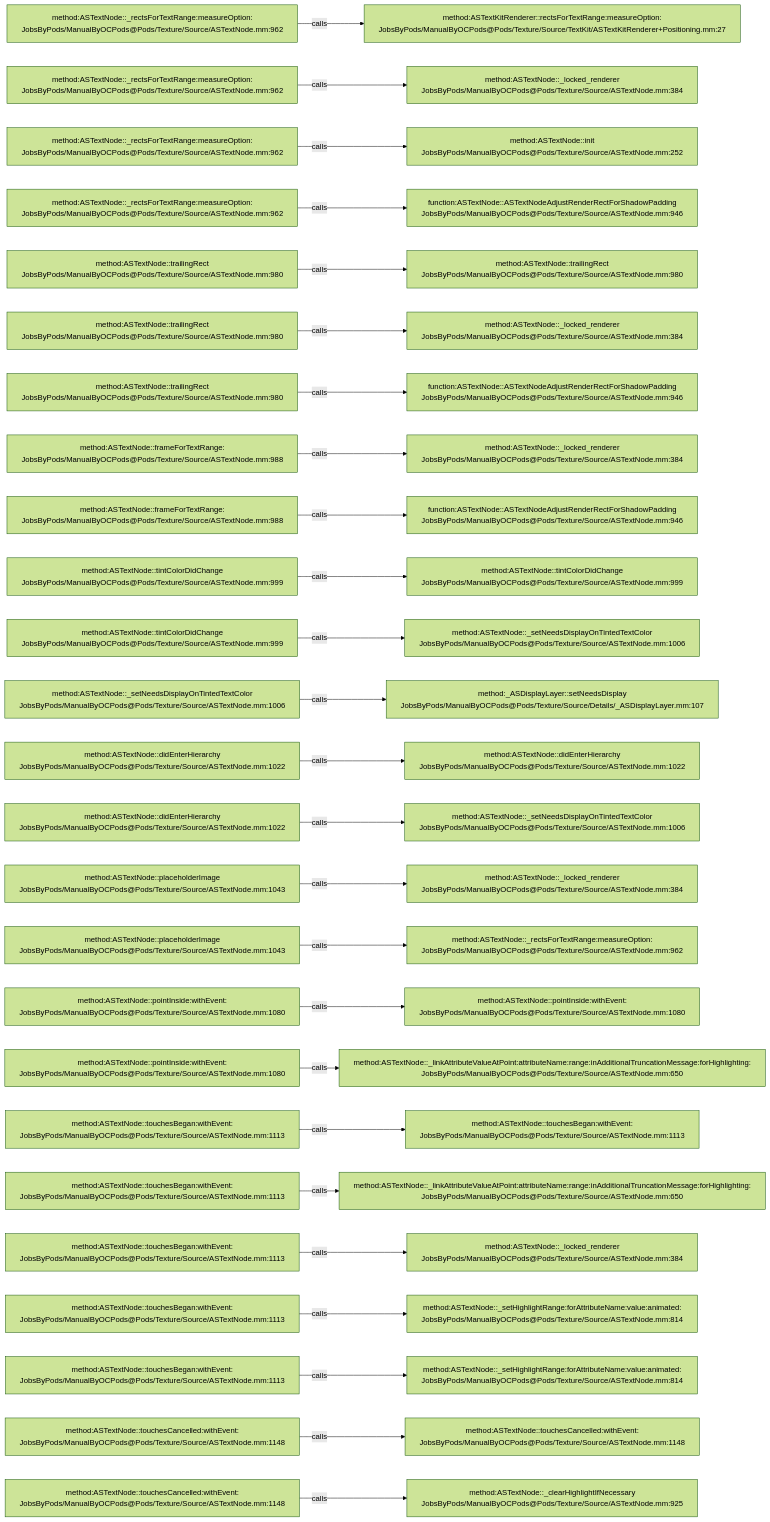
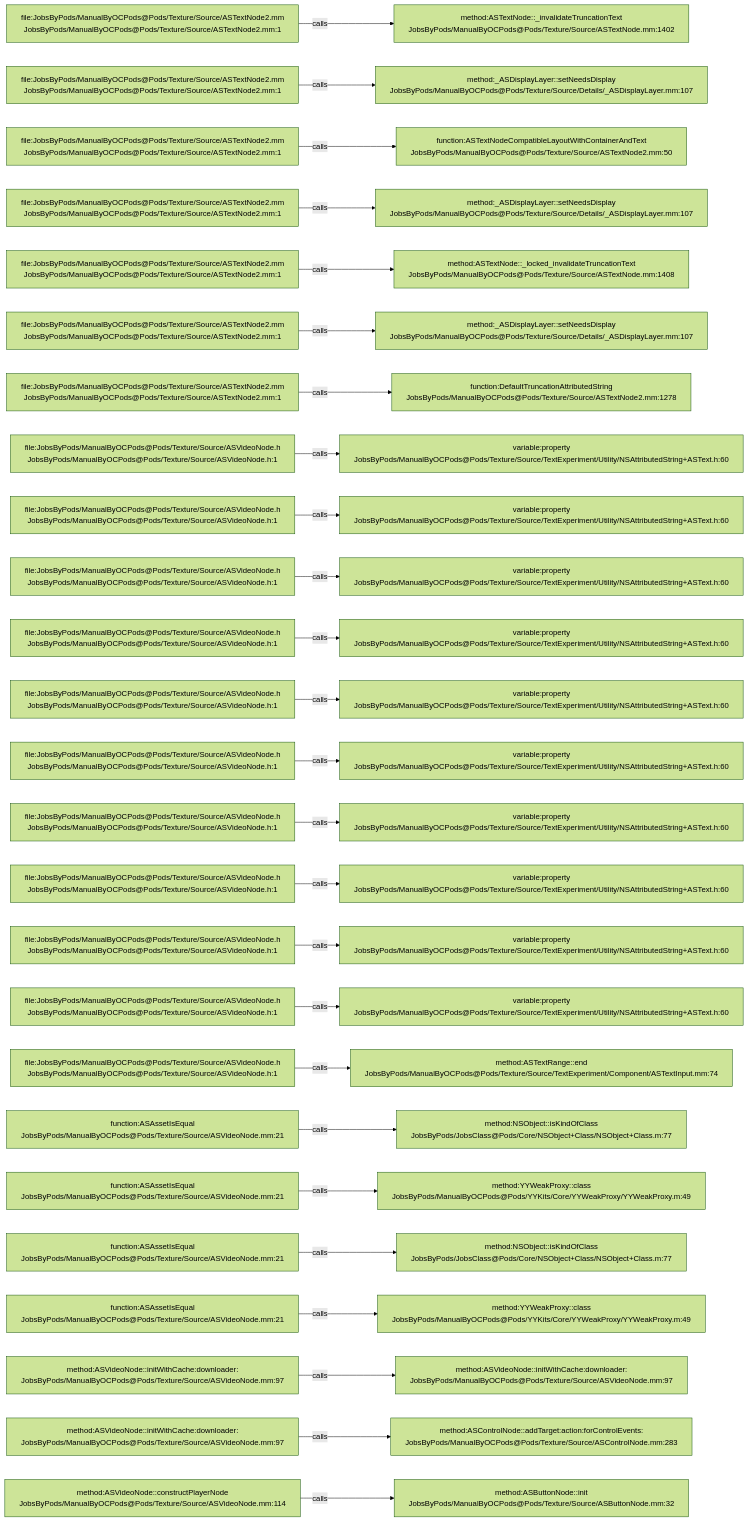
One commit to JobsKits/JobsOCBaseConfigDemo changed the diagram in .codegraph/codegraph.md/graphs/calls-134.md. Above: the diagram before and after it, drawn with Mermaid (forest theme). The commit also changed 1448 other files, not shown here.

````diff
--- a/.codegraph/codegraph.md/graphs/calls-134.md
+++ b/.codegraph/codegraph.md/graphs/calls-134.md
@@ -13,78 +13,78 @@
 ```mermaid
 flowchart LR
-  S1["method:ASTextNode::_rectsForTextRange:measureOption:<br/>JobsByPods/ManualByOCPods@Pods/Texture/Source/ASTextNode.mm:962"]
-  T1["method:ASTextKitRenderer::rectsForTextRange:measureOption:<br/>JobsByPods/ManualByOCPods@Pods/Texture/Source/TextKit/ASTextKitRenderer+Positioning.mm:27"]
+  S1["file:JobsByPods/ManualByOCPods@Pods/Texture/Source/ASTextNode2.mm<br/>JobsByPods/ManualByOCPods@Pods/Texture/Source/ASTextNode2.mm:1"]
+  T1["method:ASTextNode::_invalidateTruncationText<br/>JobsByPods/ManualByOCPods@Pods/Texture/Source/ASTextNode.mm:1402"]
   S1 -->|calls| T1
-  S2["method:ASTextNode::_rectsForTextRange:measureOption:<br/>JobsByPods/ManualByOCPods@Pods/Texture/Source/ASTextNode.mm:962"]
-  T2["method:ASTextNode::_locked_renderer<br/>JobsByPods/ManualByOCPods@Pods/Texture/Source/ASTextNode.mm:384"]
+  S2["file:JobsByPods/ManualByOCPods@Pods/Texture/Source/ASTextNode2.mm<br/>JobsByPods/ManualByOCPods@Pods/Texture/Source/ASTextNode2.mm:1"]
+  T2["method:_ASDisplayLayer::setNeedsDisplay<br/>JobsByPods/ManualByOCPods@Pods/Texture/Source/Details/_ASDisplayLayer.mm:107"]
   S2 -->|calls| T2
-  S3["method:ASTextNode::_rectsForTextRange:measureOption:<br/>JobsByPods/ManualByOCPods@Pods/Texture/Source/ASTextNode.mm:962"]
-  T3["method:ASTextNode::init<br/>JobsByPods/ManualByOCPods@Pods/Texture/Source/ASTextNode.mm:252"]
+  S3["file:JobsByPods/ManualByOCPods@Pods/Texture/Source/ASTextNode2.mm<br/>JobsByPods/ManualByOCPods@Pods/Texture/Source/ASTextNode2.mm:1"]
+  T3["function:ASTextNodeCompatibleLayoutWithContainerAndText<br/>JobsByPods/ManualByOCPods@Pods/Texture/Source/ASTextNode2.mm:50"]
   S3 -->|calls| T3
-  S4["method:ASTextNode::_rectsForTextRange:measureOption:<br/>JobsByPods/ManualByOCPods@Pods/Texture/Source/ASTextNode.mm:962"]
-  T4["function:ASTextNode::ASTextNodeAdjustRenderRectForShadowPadding<br/>JobsByPods/ManualByOCPods@Pods/Texture/Source/ASTextNode.mm:946"]
+  S4["file:JobsByPods/ManualByOCPods@Pods/Texture/Source/ASTextNode2.mm<br/>JobsByPods/ManualByOCPods@Pods/Texture/Source/ASTextNode2.mm:1"]
+  T4["method:_ASDisplayLayer::setNeedsDisplay<br/>JobsByPods/ManualByOCPods@Pods/Texture/Source/Details/_ASDisplayLayer.mm:107"]
   S4 -->|calls| T4
-  S5["method:ASTextNode::trailingRect<br/>JobsByPods/ManualByOCPods@Pods/Texture/Source/ASTextNode.mm:980"]
-  T5["method:ASTextNode::trailingRect<br/>JobsByPods/ManualByOCPods@Pods/Texture/Source/ASTextNode.mm:980"]
+  S5["file:JobsByPods/ManualByOCPods@Pods/Texture/Source/ASTextNode2.mm<br/>JobsByPods/ManualByOCPods@Pods/Texture/Source/ASTextNode2.mm:1"]
+  T5["method:ASTextNode::_locked_invalidateTruncationText<br/>JobsByPods/ManualByOCPods@Pods/Texture/Source/ASTextNode.mm:1408"]
   S5 -->|calls| T5
-  S6["method:ASTextNode::trailingRect<br/>JobsByPods/ManualByOCPods@Pods/Texture/Source/ASTextNode.mm:980"]
-  T6["method:ASTextNode::_locked_renderer<br/>JobsByPods/ManualByOCPods@Pods/Texture/Source/ASTextNode.mm:384"]
+  S6["file:JobsByPods/ManualByOCPods@Pods/Texture/Source/ASTextNode2.mm<br/>JobsByPods/ManualByOCPods@Pods/Texture/Source/ASTextNode2.mm:1"]
+  T6["method:_ASDisplayLayer::setNeedsDisplay<br/>JobsByPods/ManualByOCPods@Pods/Texture/Source/Details/_ASDisplayLayer.mm:107"]
   S6 -->|calls| T6
-  S7["method:ASTextNode::trailingRect<br/>JobsByPods/ManualByOCPods@Pods/Texture/Source/ASTextNode.mm:980"]
-  T7["function:ASTextNode::ASTextNodeAdjustRenderRectForShadowPadding<br/>JobsByPods/ManualByOCPods@Pods/Texture/Source/ASTextNode.mm:946"]
+  S7["file:JobsByPods/ManualByOCPods@Pods/Texture/Source/ASTextNode2.mm<br/>JobsByPods/ManualByOCPods@Pods/Texture/Source/ASTextNode2.mm:1"]
+  T7["function:DefaultTruncationAttributedString<br/>JobsByPods/ManualByOCPods@Pods/Texture/Source/ASTextNode2.mm:1278"]
   S7 -->|calls| T7
-  S8["method:ASTextNode::frameForTextRange:<br/>JobsByPods/ManualByOCPods@Pods/Texture/Source/ASTextNode.mm:988"]
-  T8["method:ASTextNode::_locked_renderer<br/>JobsByPods/ManualByOCPods@Pods/Texture/Source/ASTextNode.mm:384"]
+  S8["file:JobsByPods/ManualByOCPods@Pods/Texture/Source/ASVideoNode.h<br/>JobsByPods/ManualByOCPods@Pods/Texture/Source/ASVideoNode.h:1"]
+  T8["variable:property<br/>JobsByPods/ManualByOCPods@Pods/Texture/Source/TextExperiment/Utility/NSAttributedString+ASText.h:60"]
   S8 -->|calls| T8
-  S9["method:ASTextNode::frameForTextRange:<br/>JobsByPods/ManualByOCPods@Pods/Texture/Source/ASTextNode.mm:988"]
-  T9["function:ASTextNode::ASTextNodeAdjustRenderRectForShadowPadding<br/>JobsByPods/ManualByOCPods@Pods/Texture/Source/ASTextNode.mm:946"]
+  S9["file:JobsByPods/ManualByOCPods@Pods/Texture/Source/ASVideoNode.h<br/>JobsByPods/ManualByOCPods@Pods/Texture/Source/ASVideoNode.h:1"]
+  T9["variable:property<br/>JobsByPods/ManualByOCPods@Pods/Texture/Source/TextExperiment/Utility/NSAttributedString+ASText.h:60"]
   S9 -->|calls| T9
-  S10["method:ASTextNode::tintColorDidChange<br/>JobsByPods/ManualByOCPods@Pods/Texture/Source/ASTextNode.mm:999"]
-  T10["method:ASTextNode::tintColorDidChange<br/>JobsByPods/ManualByOCPods@Pods/Texture/Source/ASTextNode.mm:999"]
+  S10["file:JobsByPods/ManualByOCPods@Pods/Texture/Source/ASVideoNode.h<br/>JobsByPods/ManualByOCPods@Pods/Texture/Source/ASVideoNode.h:1"]
+  T10["variable:property<br/>JobsByPods/ManualByOCPods@Pods/Texture/Source/TextExperiment/Utility/NSAttributedString+ASText.h:60"]
   S10 -->|calls| T10
-  S11["method:ASTextNode::tintColorDidChange<br/>JobsByPods/ManualByOCPods@Pods/Texture/Source/ASTextNode.mm:999"]
-  T11["method:ASTextNode::_setNeedsDisplayOnTintedTextColor<br/>JobsByPods/ManualByOCPods@Pods/Texture/Source/ASTextNode.mm:1006"]
+  S11["file:JobsByPods/ManualByOCPods@Pods/Texture/Source/ASVideoNode.h<br/>JobsByPods/ManualByOCPods@Pods/Texture/Source/ASVideoNode.h:1"]
+  T11["variable:property<br/>JobsByPods/ManualByOCPods@Pods/Texture/Source/TextExperiment/Utility/NSAttributedString+ASText.h:60"]
   S11 -->|calls| T11
-  S12["method:ASTextNode::_setNeedsDisplayOnTintedTextColor<br/>JobsByPods/ManualByOCPods@Pods/Texture/Source/ASTextNode.mm:1006"]
-  T12["method:_ASDisplayLayer::setNeedsDisplay<br/>JobsByPods/ManualByOCPods@Pods/Texture/Source/Details/_ASDisplayLayer.mm:107"]
+  S12["file:JobsByPods/ManualByOCPods@Pods/Texture/Source/ASVideoNode.h<br/>JobsByPods/ManualByOCPods@Pods/Texture/Source/ASVideoNode.h:1"]
+  T12["variable:property<br/>JobsByPods/ManualByOCPods@Pods/Texture/Source/TextExperiment/Utility/NSAttributedString+ASText.h:60"]
   S12 -->|calls| T12
-  S13["method:ASTextNode::didEnterHierarchy<br/>JobsByPods/ManualByOCPods@Pods/Texture/Source/ASTextNode.mm:1022"]
-  T13["method:ASTextNode::didEnterHierarchy<br/>JobsByPods/ManualByOCPods@Pods/Texture/Source/ASTextNode.mm:1022"]
+  S13["file:JobsByPods/ManualByOCPods@Pods/Texture/Source/ASVideoNode.h<br/>JobsByPods/ManualByOCPods@Pods/Texture/Source/ASVideoNode.h:1"]
+  T13["variable:property<br/>JobsByPods/ManualByOCPods@Pods/Texture/Source/TextExperiment/Utility/NSAttributedString+ASText.h:60"]
   S13 -->|calls| T13
-  S14["method:ASTextNode::didEnterHierarchy<br/>JobsByPods/ManualByOCPods@Pods/Texture/Source/ASTextNode.mm:1022"]
-  T14["method:ASTextNode::_setNeedsDisplayOnTintedTextColor<br/>JobsByPods/ManualByOCPods@Pods/Texture/Source/ASTextNode.mm:1006"]
+  S14["file:JobsByPods/ManualByOCPods@Pods/Texture/Source/ASVideoNode.h<br/>JobsByPods/ManualByOCPods@Pods/Texture/Source/ASVideoNode.h:1"]
+  T14["variable:property<br/>JobsByPods/ManualByOCPods@Pods/Texture/Source/TextExperiment/Utility/NSAttributedString+ASText.h:60"]
   S14 -->|calls| T14
-  S15["method:ASTextNode::placeholderImage<br/>JobsByPods/ManualByOCPods@Pods/Texture/Source/ASTextNode.mm:1043"]
-  T15["method:ASTextNode::_locked_renderer<br/>JobsByPods/ManualByOCPods@Pods/Texture/Source/ASTextNode.mm:384"]
+  S15["file:JobsByPods/ManualByOCPods@Pods/Texture/Source/ASVideoNode.h<br/>JobsByPods/ManualByOCPods@Pods/Texture/Source/ASVideoNode.h:1"]
+  T15["variable:property<br/>JobsByPods/ManualByOCPods@Pods/Texture/Source/TextExperiment/Utility/NSAttributedString+ASText.h:60"]
   S15 -->|calls| T15
-  S16["method:ASTextNode::placeholderImage<br/>JobsByPods/ManualByOCPods@Pods/Texture/Source/ASTextNode.mm:1043"]
-  T16["method:ASTextNode::_rectsForTextRange:measureOption:<br/>JobsByPods/ManualByOCPods@Pods/Texture/Source/ASTextNode.mm:962"]
+  S16["file:JobsByPods/ManualByOCPods@Pods/Texture/Source/ASVideoNode.h<br/>JobsByPods/ManualByOCPods@Pods/Texture/Source/ASVideoNode.h:1"]
+  T16["variable:property<br/>JobsByPods/ManualByOCPods@Pods/Texture/Source/TextExperiment/Utility/NSAttributedString+ASText.h:60"]
   S16 -->|calls| T16
-  S17["method:ASTextNode::pointInside:withEvent:<br/>JobsByPods/ManualByOCPods@Pods/Texture/Source/ASTextNode.mm:1080"]
-  T17["method:ASTextNode::pointInside:withEvent:<br/>JobsByPods/ManualByOCPods@Pods/Texture/Source/ASTextNode.mm:1080"]
+  S17["file:JobsByPods/ManualByOCPods@Pods/Texture/Source/ASVideoNode.h<br/>JobsByPods/ManualByOCPods@Pods/Texture/Source/ASVideoNode.h:1"]
+  T17["variable:property<br/>JobsByPods/ManualByOCPods@Pods/Texture/Source/TextExperiment/Utility/NSAttributedString+ASText.h:60"]
   S17 -->|calls| T17
-  S18["method:ASTextNode::pointInside:withEvent:<br/>JobsByPods/ManualByOCPods@Pods/Texture/Source/ASTextNode.mm:1080"]
-  T18["method:ASTextNode::_linkAttributeValueAtPoint:attributeName:range:inAdditionalTruncationMessage:forHighlighting:<br/>JobsByPods/ManualByOCPods@Pods/Texture/Source/ASTextNode.mm:650"]
+  S18["file:JobsByPods/ManualByOCPods@Pods/Texture/Source/ASVideoNode.h<br/>JobsByPods/ManualByOCPods@Pods/Texture/Source/ASVideoNode.h:1"]
+  T18["method:ASTextRange::end<br/>JobsByPods/ManualByOCPods@Pods/Texture/Source/TextExperiment/Component/ASTextInput.mm:74"]
   S18 -->|calls| T18
-  S19["method:ASTextNode::touchesBegan:withEvent:<br/>JobsByPods/ManualByOCPods@Pods/Texture/Source/ASTextNode.mm:1113"]
-  T19["method:ASTextNode::touchesBegan:withEvent:<br/>JobsByPods/ManualByOCPods@Pods/Texture/Source/ASTextNode.mm:1113"]
+  S19["function:ASAssetIsEqual<br/>JobsByPods/ManualByOCPods@Pods/Texture/Source/ASVideoNode.mm:21"]
+  T19["method:NSObject::isKindOfClass<br/>JobsByPods/JobsClass@Pods/Core/NSObject+Class/NSObject+Class.m:77"]
   S19 -->|calls| T19
-  S20["method:ASTextNode::touchesBegan:withEvent:<br/>JobsByPods/ManualByOCPods@Pods/Texture/Source/ASTextNode.mm:1113"]
-  T20["method:ASTextNode::_linkAttributeValueAtPoint:attributeName:range:inAdditionalTruncationMessage:forHighlighting:<br/>JobsByPods/ManualByOCPods@Pods/Texture/Source/ASTextNode.mm:650"]
+  S20["function:ASAssetIsEqual<br/>JobsByPods/ManualByOCPods@Pods/Texture/Source/ASVideoNode.mm:21"]
+  T20["method:YYWeakProxy::class<br/>JobsByPods/ManualByOCPods@Pods/YYKits/Core/YYWeakProxy/YYWeakProxy.m:49"]
   S20 -->|calls| T20
-  S21["method:ASTextNode::touchesBegan:withEvent:<br/>JobsByPods/ManualByOCPods@Pods/Texture/Source/ASTextNode.mm:1113"]
-  T21["method:ASTextNode::_locked_renderer<br/>JobsByPods/ManualByOCPods@Pods/Texture/Source/ASTextNode.mm:384"]
+  S21["function:ASAssetIsEqual<br/>JobsByPods/ManualByOCPods@Pods/Texture/Source/ASVideoNode.mm:21"]
+  T21["method:NSObject::isKindOfClass<br/>JobsByPods/JobsClass@Pods/Core/NSObject+Class/NSObject+Class.m:77"]
   S21 -->|calls| T21
-  S22["method:ASTextNode::touchesBegan:withEvent:<br/>JobsByPods/ManualByOCPods@Pods/Texture/Source/ASTextNode.mm:1113"]
-  T22["method:ASTextNode::_setHighlightRange:forAttributeName:value:animated:<br/>JobsByPods/ManualByOCPods@Pods/Texture/Source/ASTextNode.mm:814"]
+  S22["function:ASAssetIsEqual<br/>JobsByPods/ManualByOCPods@Pods/Texture/Source/ASVideoNode.mm:21"]
+  T22["method:YYWeakProxy::class<br/>JobsByPods/ManualByOCPods@Pods/YYKits/Core/YYWeakProxy/YYWeakProxy.m:49"]
   S22 -->|calls| T22
-  S23["method:ASTextNode::touchesBegan:withEvent:<br/>JobsByPods/ManualByOCPods@Pods/Texture/Source/ASTextNode.mm:1113"]
-  T23["method:ASTextNode::_setHighlightRange:forAttributeName:value:animated:<br/>JobsByPods/ManualByOCPods@Pods/Texture/Source/ASTextNode.mm:814"]
+  S23["method:ASVideoNode::initWithCache:downloader:<br/>JobsByPods/ManualByOCPods@Pods/Texture/Source/ASVideoNode.mm:97"]
+  T23["method:ASVideoNode::initWithCache:downloader:<br/>JobsByPods/ManualByOCPods@Pods/Texture/Source/ASVideoNode.mm:97"]
   S23 -->|calls| T23
-  S24["method:ASTextNode::touchesCancelled:withEvent:<br/>JobsByPods/ManualByOCPods@Pods/Texture/Source/ASTextNode.mm:1148"]
-  T24["method:ASTextNode::touchesCancelled:withEvent:<br/>JobsByPods/ManualByOCPods@Pods/Texture/Source/ASTextNode.mm:1148"]
+  S24["method:ASVideoNode::initWithCache:downloader:<br/>JobsByPods/ManualByOCPods@Pods/Texture/Source/ASVideoNode.mm:97"]
+  T24["method:ASControlNode::addTarget:action:forControlEvents:<br/>JobsByPods/ManualByOCPods@Pods/Texture/Source/ASControlNode.mm:283"]
   S24 -->|calls| T24
-  S25["method:ASTextNode::touchesCancelled:withEvent:<br/>JobsByPods/ManualByOCPods@Pods/Texture/Source/ASTextNode.mm:1148"]
-  T25["method:ASTextNode::_clearHighlightIfNecessary<br/>JobsByPods/ManualByOCPods@Pods/Texture/Source/ASTextNode.mm:925"]
+  S25["method:ASVideoNode::constructPlayerNode<br/>JobsByPods/ManualByOCPods@Pods/Texture/Source/ASVideoNode.mm:114"]
+  T25["method:ASButtonNode::init<br/>JobsByPods/ManualByOCPods@Pods/Texture/Source/ASButtonNode.mm:32"]
   S25 -->|calls| T25
 ```
````
